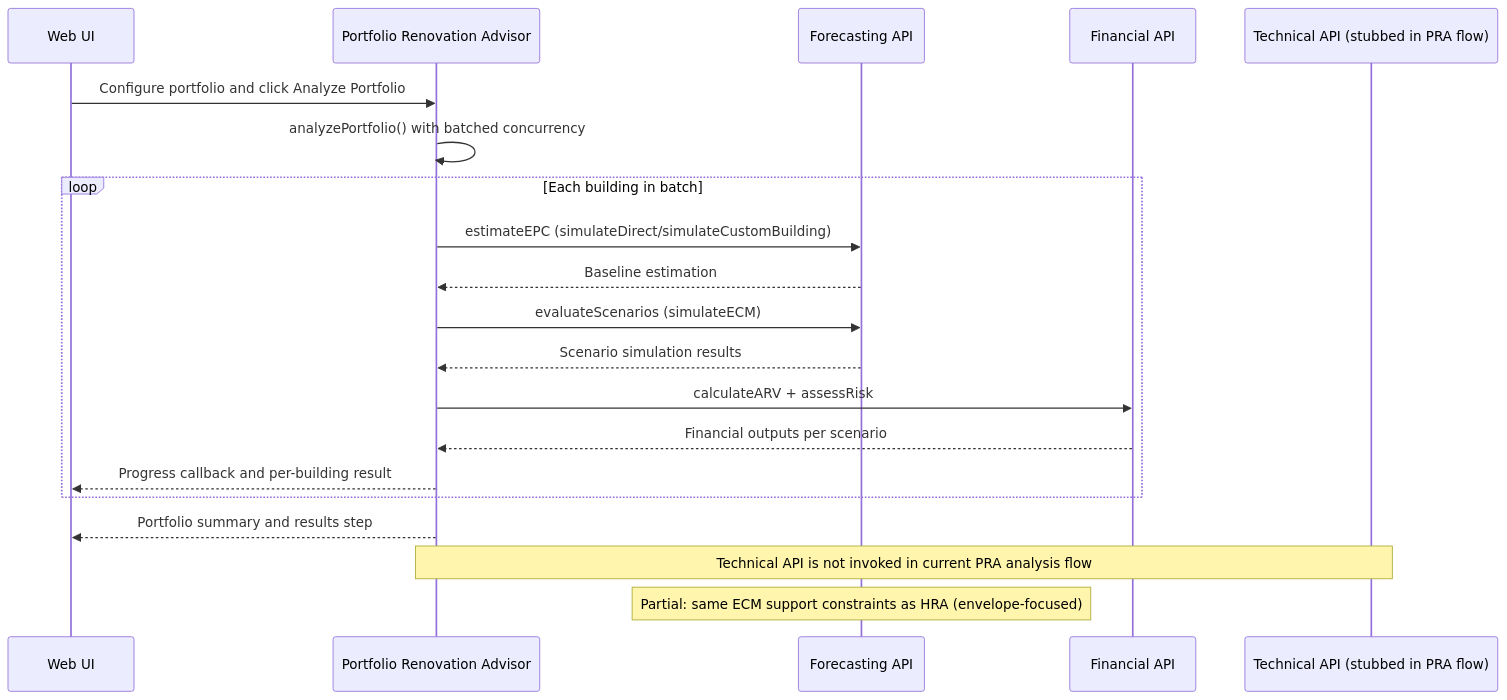
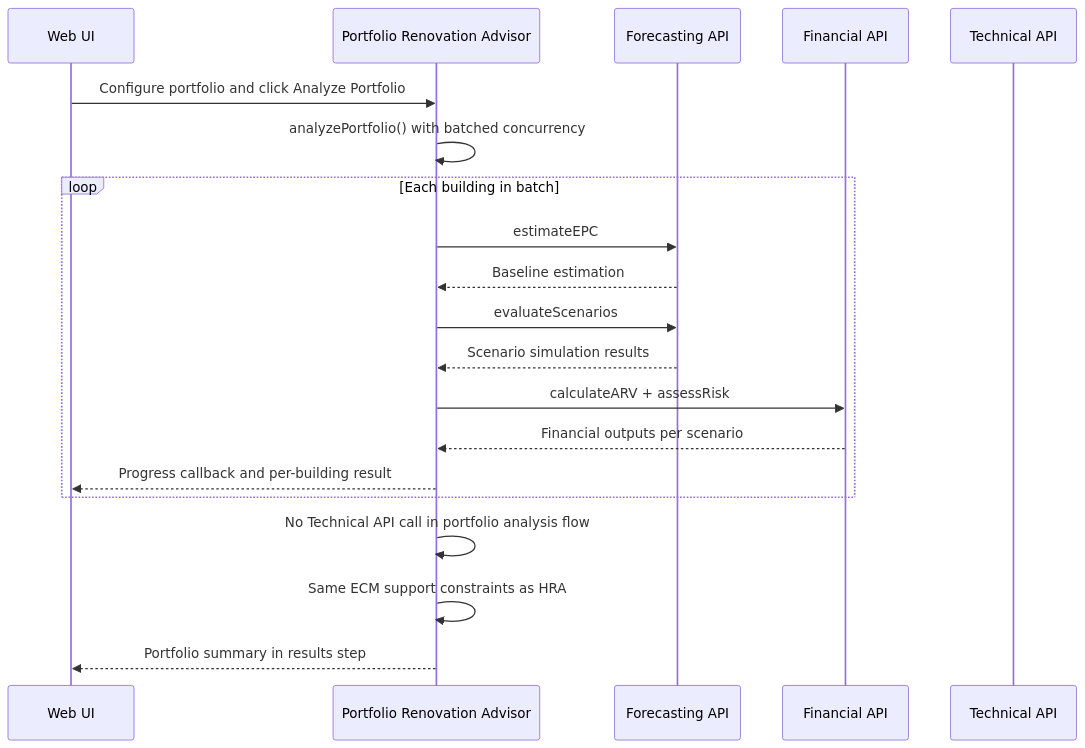
The third of 6 diagrams in README.md (ReLIFE-Project-EU/relife-web-ui), drawn with Mermaid before and after one commit. The commit also changed other lines of this file, not shown here.

Commit message:
📝 Update README to add flow diagrams

````diff
--- a/README.md
+++ b/README.md
@@ -67,23 +107,23 @@
 ```mermaid
 sequenceDiagram
     participant UI as Web UI
     participant PRA as Portfolio Renovation Advisor
     participant FCAST as Forecasting API
     participant FIN as Financial API
-    participant TECH as Technical API (stubbed in PRA flow)
+    participant TECH as Technical API
 
     UI->>PRA: Configure portfolio and click Analyze Portfolio
     PRA->>PRA: analyzePortfolio() with batched concurrency
     loop Each building in batch
-      PRA->>FCAST: estimateEPC (simulateDirect/simulateCustomBuilding)
+      PRA->>FCAST: estimateEPC
       FCAST-->>PRA: Baseline estimation
-      PRA->>FCAST: evaluateScenarios (simulateECM)
+      PRA->>FCAST: evaluateScenarios
       FCAST-->>PRA: Scenario simulation results
       PRA->>FIN: calculateARV + assessRisk
       FIN-->>PRA: Financial outputs per scenario
       PRA-->>UI: Progress callback and per-building result
     end
-    PRA-->>UI: Portfolio summary and results step
-    Note over PRA,TECH: Technical API is not invoked in current PRA analysis flow
-    Note over FCAST: Partial: same ECM support constraints as HRA (envelope-focused)
+    PRA->>PRA: No Technical API call in portfolio analysis flow
+    PRA->>PRA: Same ECM support constraints as HRA
+    PRA-->>UI: Portfolio summary in results step
 ```
````
